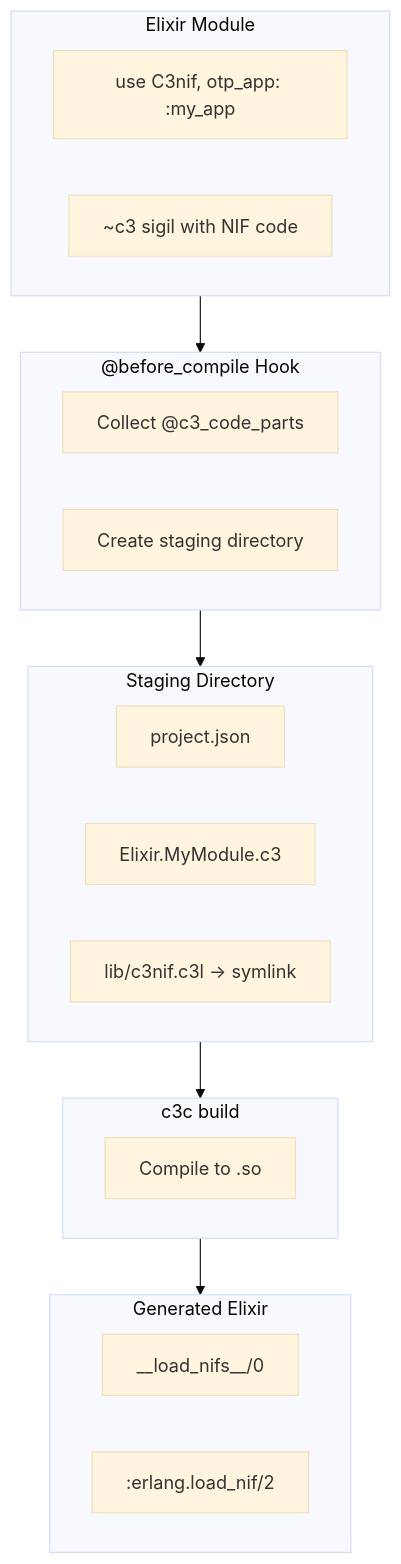
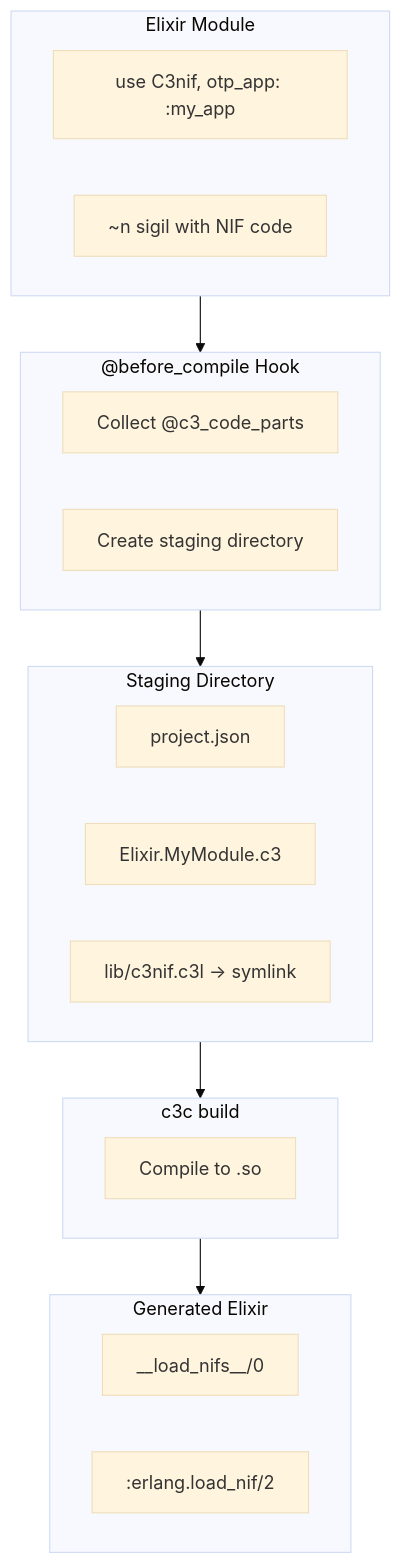
Before and after one commit to tristanperalta/c3nif: the diagram in docs/ARCHITECTURE.md, drawn with Mermaid (base theme). The commit also changed other lines of this file and 6 other files, not shown here.

````diff
--- a/docs/ARCHITECTURE.md
+++ b/docs/ARCHITECTURE.md
@@ -172,32 +172,32 @@
 ```mermaid
 flowchart TD
     subgraph A["Elixir Module"]
         A1["use C3nif, otp_app: :my_app"]
-        A2["~c3 sigil with NIF code"]
+        A2["~n sigil with NIF code"]
     end
 
     subgraph B["@before_compile Hook"]
         B1["Collect @c3_code_parts"]
         B2["Create staging directory"]
     end
 
     subgraph C["Staging Directory"]
         C1["project.json"]
         C2["Elixir.MyModule.c3"]
         C3["lib/c3nif.c3l → symlink"]
     end
 
     subgraph D["c3c build"]
         D1["Compile to .so"]
     end
 
     subgraph E["Generated Elixir"]
         E1["__load_nifs__/0"]
         E2[":erlang.load_nif/2"]
     end
 
     A --> B
     B --> C
     C --> D
     D --> E
 ```
````
